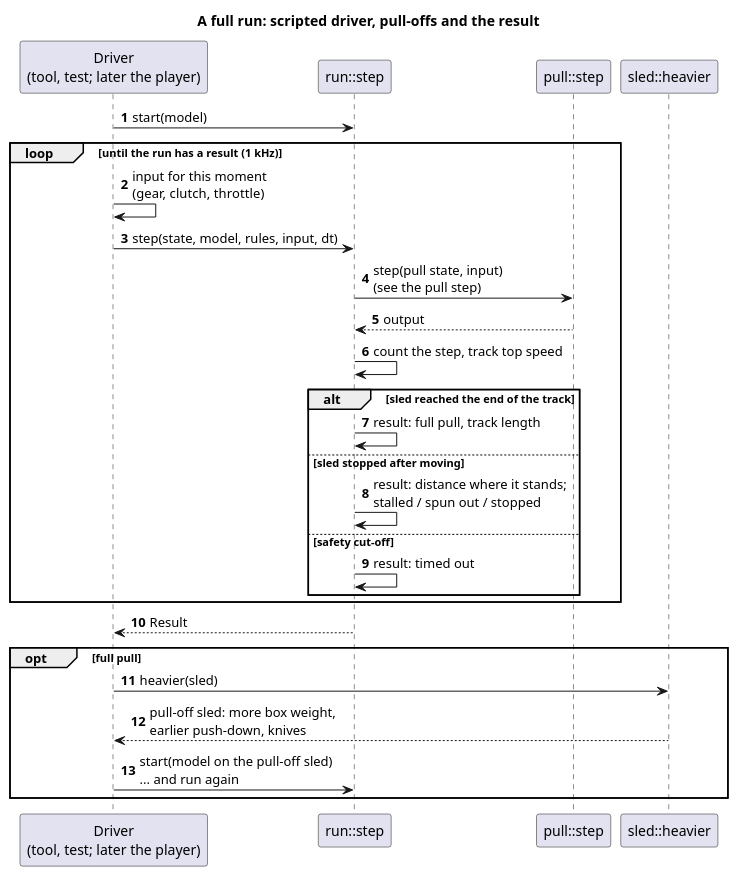
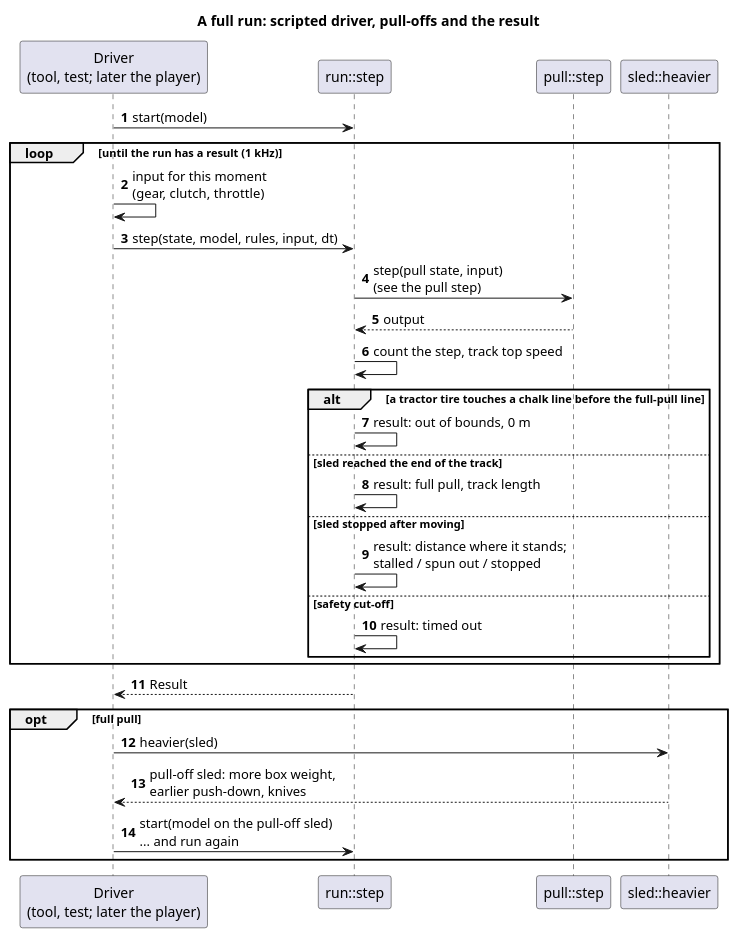
Before and after one commit to wversteeg/TractorPulling: the diagram in docs/diagrams/full_run_sequence.puml, drawn with PlantUML. The commit also changed 51 other files, not shown here.

```diff
--- a/docs/diagrams/full_run_sequence.puml
+++ b/docs/diagrams/full_run_sequence.puml
@@ -1,30 +1,32 @@
 @startuml full_run_sequence
 title A full run: scripted driver, pull-offs and the result
 autonumber
 participant "Driver\n(tool, test; later the player)" as Driver
 participant "run::step" as Run
 participant "pull::step" as Pull
 participant "sled::heavier" as Heavier
 
 Driver -> Run : start(model)
 loop until the run has a result (1 kHz)
   Driver -> Driver : input for this moment\n(gear, clutch, throttle)
   Driver -> Run : step(state, model, rules, input, dt)
   Run -> Pull : step(pull state, input)\n(see the pull step)
   Pull --> Run : output
   Run -> Run : count the step, track top speed
-  alt sled reached the end of the track
+  alt a tractor tire touches a chalk line before the full-pull line
+    Run -> Run : result: out of bounds, 0 m
+  else sled reached the end of the track
     Run -> Run : result: full pull, track length
   else sled stopped after moving
     Run -> Run : result: distance where it stands;\nstalled / spun out / stopped
   else safety cut-off
     Run -> Run : result: timed out
   end
 end
 Run --> Driver : Result
 opt full pull
   Driver -> Heavier : heavier(sled)
   Heavier --> Driver : pull-off sled: more box weight,\nearlier push-down, knives
   Driver -> Run : start(model on the pull-off sled)\n... and run again
 end
 @enduml
```
